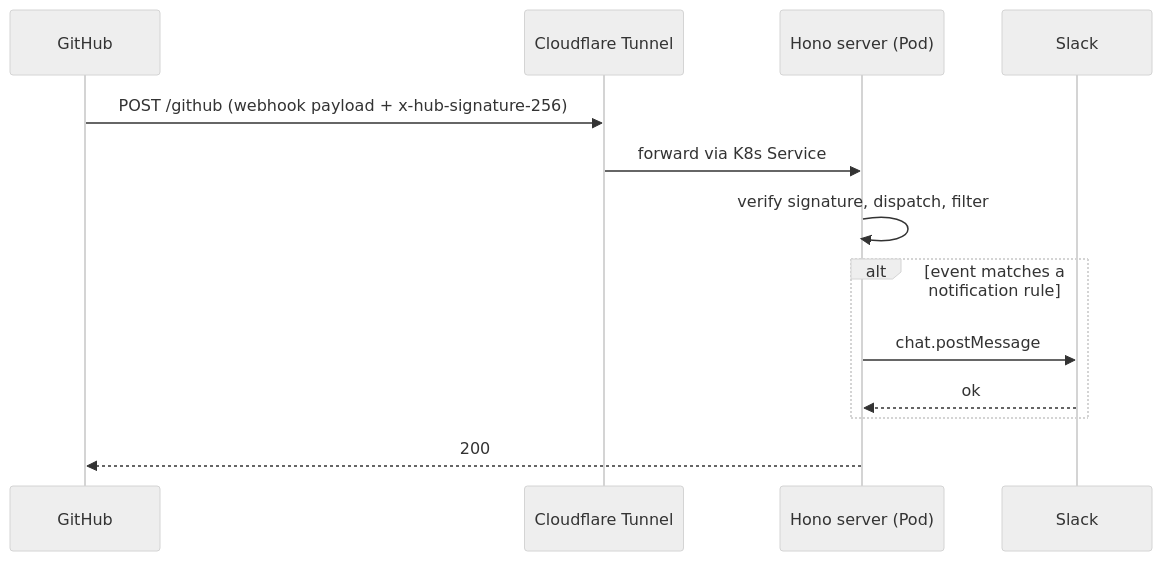
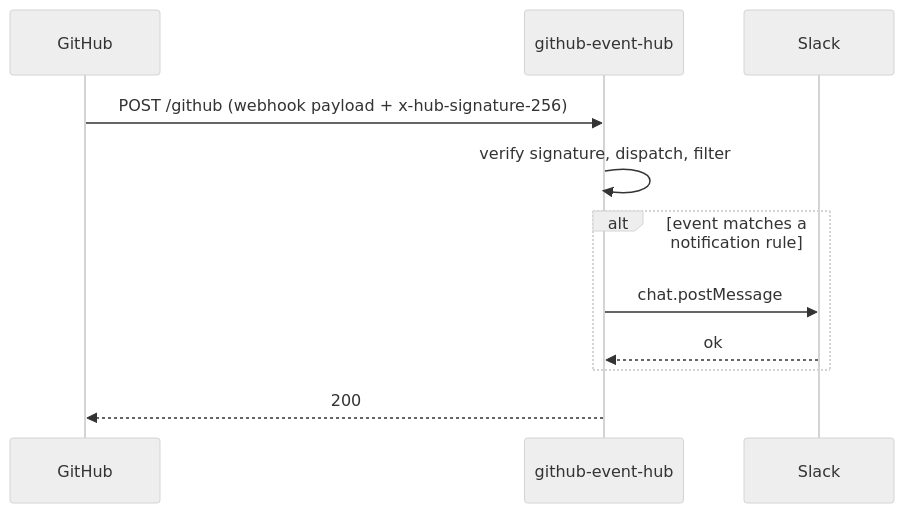
The diagram in docs/architecture.md (fohte/github-event-hub), drawn with Mermaid (neutral theme) before and after one commit. The commit also changed other lines of this file and 1 other file, not shown here.

````diff
--- a/docs/architecture.md
+++ b/docs/architecture.md
@@ -7,16 +7,14 @@
 ```mermaid
 sequenceDiagram
   participant GH as GitHub
-  participant CF as Cloudflare Tunnel
-  participant POD as Hono server (Pod)
+  participant POD as github-event-hub
   participant SLACK as Slack
 
-  GH->>CF: POST /github (webhook payload + x-hub-signature-256)
-  CF->>POD: forward via K8s Service
+  GH->>POD: POST /github (webhook payload + x-hub-signature-256)
   POD->>POD: verify signature, dispatch, filter
   alt event matches a notification rule
     POD->>SLACK: chat.postMessage
     SLACK-->>POD: ok
   end
   POD-->>GH: 200
 ```
````
